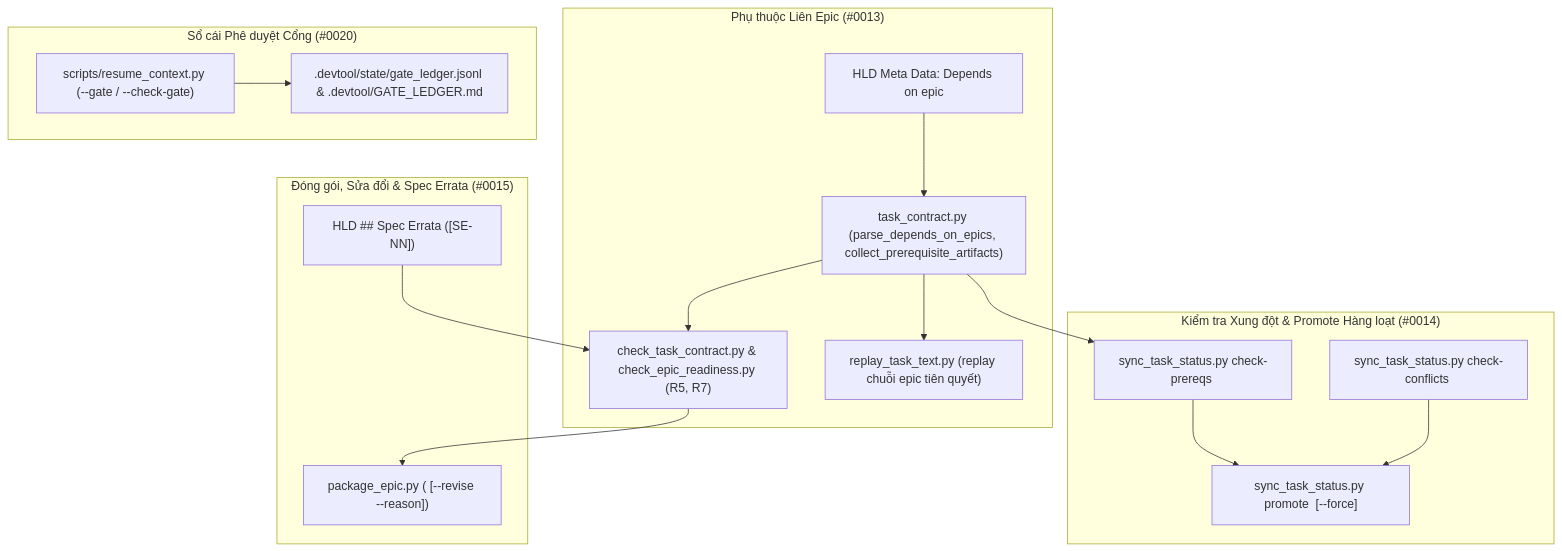
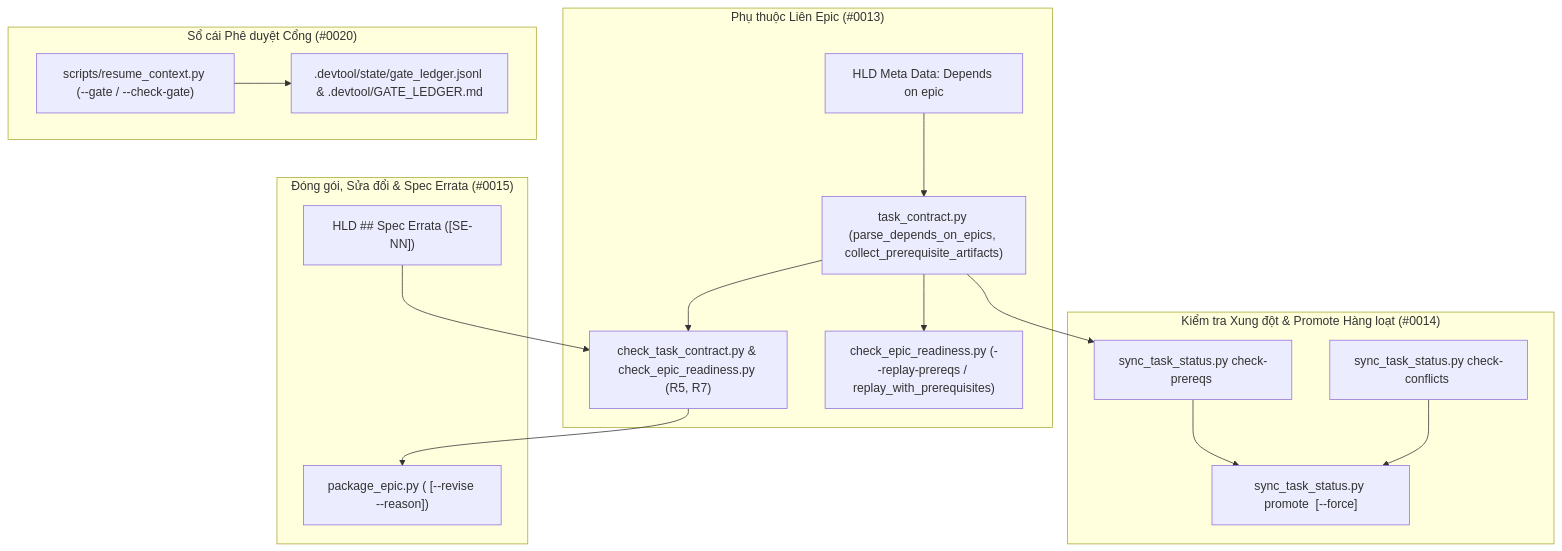
Before and after one commit to DanhDue/ai-agent-tools: the first of 3 diagrams in .devtool/epic/multi_epic_orchestration_and_governance/multi_epic_orchestration_and_governance.vi.md, drawn with Mermaid. The commit also changed other lines of this file and 13 other files, not shown here.

````diff
--- a/.devtool/epic/multi_epic_orchestration_and_governance/multi_epic_orchestration_and_governance.vi.md
+++ b/.devtool/epic/multi_epic_orchestration_and_governance/multi_epic_orchestration_and_governance.vi.md
@@ -57,35 +57,35 @@
 ```mermaid
 flowchart TD
     subgraph DEPS["Phụ thuộc Liên Epic (#0013)"]
         HLD_DEP["HLD Meta Data: Depends on epic"]
         TC_DEP["task_contract.py (parse_depends_on_epics, collect_prerequisite_artifacts)"]
         CTC_CER["check_task_contract.py & check_epic_readiness.py (R5, R7)"]
-        RPL_CHAIN["replay_task_text.py (replay chuỗi epic tiên quyết)"]
+        RPL_CHAIN["check_epic_readiness.py (--replay-prereqs / replay_with_prerequisites)"]
     end
 
     subgraph BOARD["Kiểm tra Xung đột & Promote Hàng loạt (#0014)"]
         CHK_PREREQ["sync_task_status.py check-prereqs <epic_dir>"]
         CHK_CONF["sync_task_status.py check-conflicts <epic_dir>"]
         PROMOTE["sync_task_status.py promote <epic_dir> [--force]"]
     end
 
     subgraph PKG["Đóng gói, Sửa đổi & Spec Errata (#0015)"]
         ERRATA["HLD ## Spec Errata ([SE-NN])"]
         PKG_SCRIPT["package_epic.py (<epic_dir> [--revise --reason])"]
     end
 
     subgraph LEDGER["Sổ cái Phê duyệt Cổng (#0020)"]
         RC_GATE["scripts/resume_context.py (--gate / --check-gate)"]
         GATE_FILES[".devtool/state/gate_ledger.jsonl & .devtool/GATE_LEDGER.md"]
     end
 
     HLD_DEP --> TC_DEP
     TC_DEP --> CTC_CER
     TC_DEP --> RPL_CHAIN
     TC_DEP --> CHK_PREREQ
     CHK_PREREQ --> PROMOTE
     CHK_CONF --> PROMOTE
     ERRATA --> CTC_CER
     CTC_CER --> PKG_SCRIPT
     RC_GATE --> GATE_FILES
 ```
````
